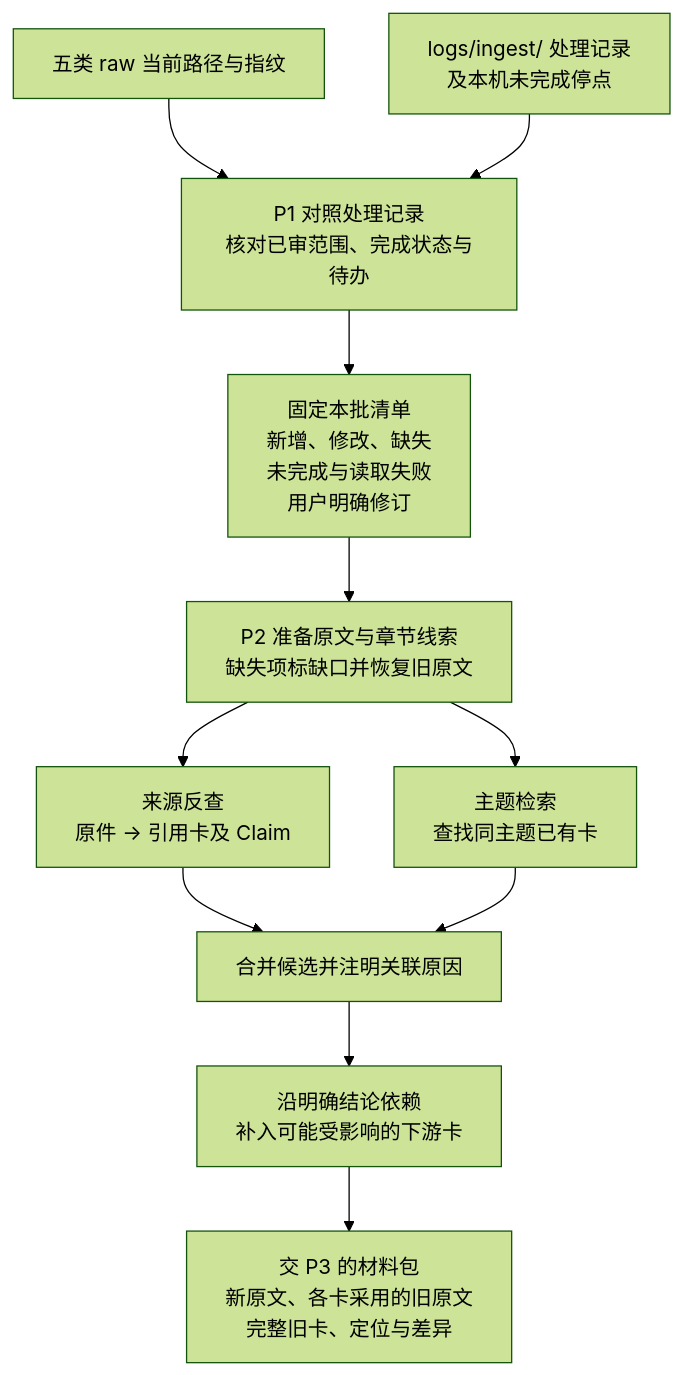
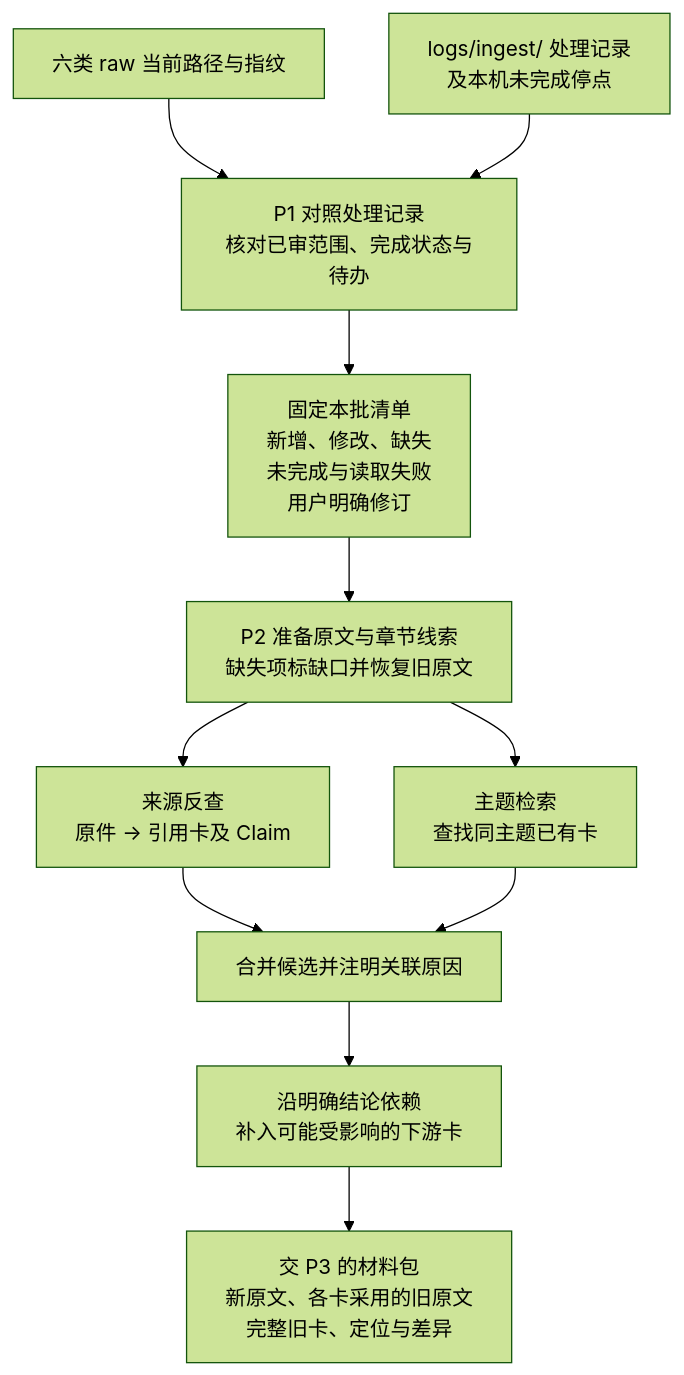
Before and after one commit to Robin-hhc/FactumCore: diagram 12 of 26 in himate-knowledge-wifi-mp/docs-llm-wiki/知识库详细设计.md, drawn with Mermaid (forest theme). The commit also changed other lines of this file and 25 other files, not shown here.

````diff
--- a/himate-knowledge-wifi-mp/docs-llm-wiki/知识库详细设计.md
+++ b/himate-knowledge-wifi-mp/docs-llm-wiki/知识库详细设计.md
@@ -440,13 +443,13 @@
 ```mermaid
 flowchart TD
-    RAW["五类 raw 当前路径与指纹"] --> SCAN["P1 对照处理记录<br/>核对已审范围、完成状态与待办"]
+    RAW["六类 raw 当前路径与指纹"] --> SCAN["P1 对照处理记录<br/>核对已审范围、完成状态与待办"]
     RECORD["logs/ingest/ 处理记录<br/>及本机未完成停点"] --> SCAN
     SCAN --> LIST["固定本批清单<br/>新增、修改、缺失<br/>未完成与读取失败<br/>用户明确修订"]
     LIST --> CAPTURE["P2 准备原文与章节线索<br/>缺失项标缺口并恢复旧原文"]
     CAPTURE --> REF["来源反查<br/>原件 → 引用卡及 Claim"]
     CAPTURE --> SEARCH["主题检索<br/>查找同主题已有卡"]
     REF --> POOL["合并候选并注明关联原因"]
     SEARCH --> POOL
     POOL --> DEP["沿明确结论依赖<br/>补入可能受影响的下游卡"]
     DEP --> MAT["交 P3 的材料包<br/>新原文、各卡采用的旧原文<br/>完整旧卡、定位与差异"]
 ```
````
